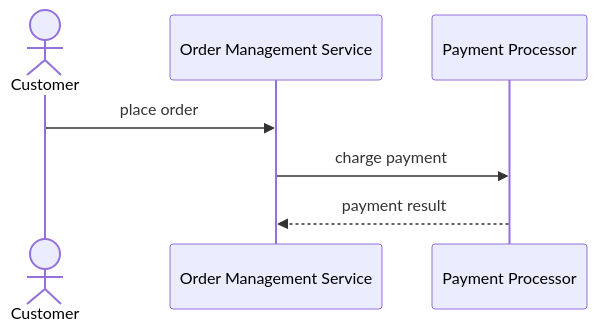
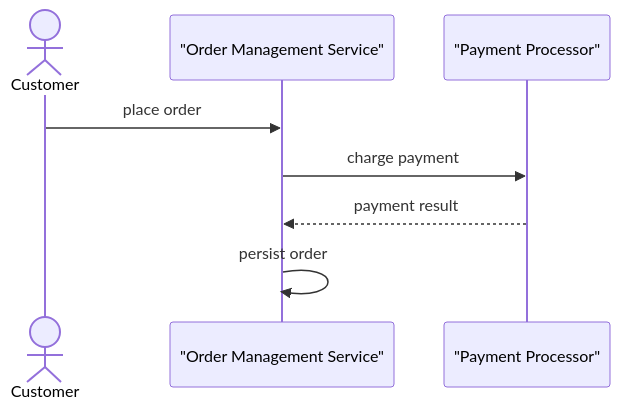
One commit to sjmyuan/prompts changed the fifth of 7 diagrams in skills/draft-adr/reference/diagram-guide.md. Above: the diagram before and after it, drawn with Mermaid. The commit also changed other lines of this file and 19 other files, not shown here.

Commit message:
use mermaid to draw diagram

````diff
--- a/skills/draft-adr/reference/diagram-guide.md
+++ b/skills/draft-adr/reference/diagram-guide.md
@@ -234,9 +174,11 @@
 ```mermaid
 sequenceDiagram
     actor Customer
-    participant OMS as Order Management Service
-    participant PS as Payment Processor
+    participant OMS as "Order Management Service"
+    participant PS as "Payment Processor"
+
     Customer->>OMS: place order
     OMS->>PS: charge payment
     PS-->>OMS: payment result
+    OMS->>OMS: persist order
 ```
````
